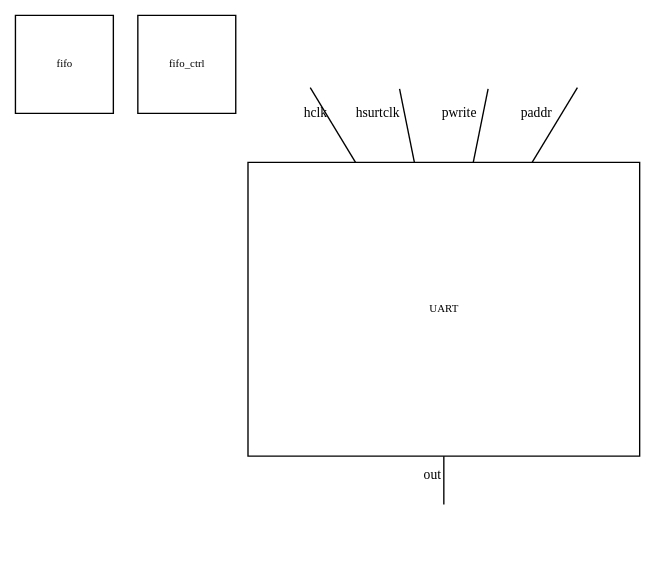
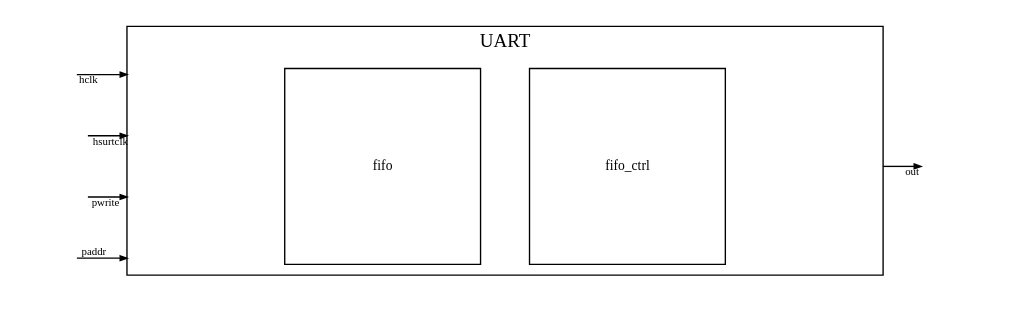
One commit to arunenigma/CSV_to_Block_Diagram_Generator changed the diagram in block.dot. Above: the diagram before and after it, drawn with Graphviz. The commit also changed 3 other files, not shown here.

```diff
--- a/block.dot
+++ b/block.dot
@@ -1,81 +1,118 @@
-strict graph {
-	graph [bb="0,0,459,396",
+strict digraph {
+	graph [bb="0,0,720,210",
 		comment="uart.csv",
-		rank=same
+		compound=true,
+		rank=same,
+		rankdir=LR,
+		splines=ortho
 	];
 	node [label="\N"];
-	subgraph s1 {
-		graph [rank=same];
-		fifo		 [fixedsize=true,
-			fontsize=8,
+	subgraph cluster_1 {
+		graph [bb="82,19,638,202",
+			label=UART,
+			rank=same
+		];
+		empty_1		 [fontsize=10,
 			height=1,
+			label=empty_1,
+			pos="126,99",
+			shape=box,
+			style=invis,
+			width=1];
+		fifo		 [fontsize=10,
+			height=2,
 			label=fifo,
-			pos="36,360",
+			pos="270,99",
 			shape=box,
+			width=2];
+		empty_1 -> fifo		 [pos="e,197.72,99 162.34,99 162.34,99 187.72,99 187.72,99",
+			style=invis];
+		fifo_ctrl		 [fontsize=10,
+			height=2,
+			label=fifo_ctrl,
+			pos="450,99",
+			shape=box,
+			width=2];
+		fifo -> fifo_ctrl		 [pos="e,377.81,99 342.18,99 342.18,99 367.81,99 367.81,99",
+			style=invis];
+		empty_2		 [fontsize=10,
+			height=1,
+			label=empty_2,
+			pos="594,99",
+			shape=box,
+			style=invis,
 			width=1];
-		fifo_ctrl		 [fixedsize=true,
-			fontsize=8,
-			height=1,
-			label=fifo_ctrl,
-			pos="126,360",
-			shape=box,
-			width=1];
+		fifo_ctrl -> empty_2		 [pos="e,557.91,99 522.42,99 522.42,99 547.91,99 547.91,99",
+			style=invis];
 	}
-	main	 [fixedsize=true,
-		fontsize=8,
-		height=3,
-		label=UART,
-		pos="315,180",
-		shape=box,
-		width=4];
 	4	 [height=0.5,
-		pos="315,18",
+		pos="693,99",
 		style=invis,
 		width=0.75];
-	main -- 4	 [arrowsize=10,
+	empty_2 -> 4	 [arrowhead=normal,
+		arrowsize=0.5,
 		constraint=true,
-		fontsize=10,
-		pos="315,71.833 315,58.171 315,45.708 315,36.322",
-		xlabel=out,
-		xlp="308,57.974"];
+		fontsize=8,
+		head_lp="659.85,94.5",
+		headlabel=out,
+		ltail=cluster_1,
+		penwidth=1,
+		pos="e,665.85,99 637.8,99 646.94,99 660.85,99 660.85,99",
+		weight=2.0];
 	0	 [height=0.5,
-		pos="207,360",
+		pos="27,180",
 		style=invis,
 		width=0.75];
-	0 -- main	 [arrowsize=10,
+	0 -> empty_1	 [arrowhead=normal,
+		arrowsize=0.5,
 		constraint=true,
-		fontsize=10,
-		pos="216.77,342.89 224.82,329.63 237,309.55 250.07,288.02",
-		xlabel=hclk,
-		xlp="222.54,324.06"];
+		fontsize=8,
+		lhead=cluster_1,
+		penwidth=1,
+		pos="e,82.46,166.5 45.158,166.5 54.259,166.5 65.76,166.5 77.211,166.5",
+		tail_lp="53.158,162",
+		taillabel=hclk,
+		weight=2.0];
 	1	 [height=0.5,
-		pos="279,360",
+		pos="27,126",
 		style=invis,
 		width=0.75];
-	1 -- main	 [arrowsize=10,
+	1 -> empty_1	 [arrowhead=normal,
+		arrowsize=0.5,
 		constraint=true,
-		fontsize=10,
-		pos="282.45,341.93 285.13,328.71 289.08,309.15 293.32,288.19",
-		xlabel=hsurtclk,
-		xlp="270.8,323.46"];
+		fontsize=8,
+		lhead=cluster_1,
+		penwidth=1,
+		pos="e,82.432,121.5 53.27,121.5 53.27,121.5 67.874,121.5 77.24,121.5",
+		tail_lp="67.27,117",
+		taillabel=hsurtclk,
+		weight=2.0];
 	2	 [height=0.5,
-		pos="351,360",
+		pos="27,72",
 		style=invis,
 		width=0.75];
-	2 -- main	 [arrowsize=10,
+	2 -> empty_1	 [arrowhead=normal,
+		arrowsize=0.5,
 		constraint=true,
-		fontsize=10,
-		pos="347.55,341.93 344.87,328.71 340.92,309.15 336.68,288.19",
-		xlabel=pwrite,
-		xlp="329.7,323.46"];
+		fontsize=8,
+		lhead=cluster_1,
+		penwidth=1,
+		pos="e,82.432,76.5 53.27,76.5 53.27,76.5 67.874,76.5 77.24,76.5",
+		tail_lp="64.27,72",
+		taillabel=pwrite,
+		weight=2.0];
 	3	 [height=0.5,
-		pos="423,360",
+		pos="27,18",
 		style=invis,
 		width=0.75];
-	3 -- main	 [arrowsize=10,
+	3 -> empty_1	 [arrowhead=normal,
+		arrowsize=0.5,
 		constraint=true,
-		fontsize=10,
-		pos="413.23,342.89 405.18,329.63 393,309.55 379.93,288.02",
-		xlabel=paddr,
-		xlp="386.46,324.06"];
+		fontsize=8,
+		lhead=cluster_1,
+		penwidth=1,
+		pos="e,82.46,31.5 45.158,31.5 54.259,31.5 65.76,31.5 77.211,31.5",
+		tail_lp="55.658,36",
+		taillabel=paddr,
+		weight=2.0];
 }
```
